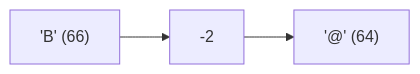
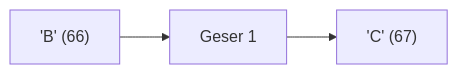
One commit to amnahwaida/OSNK_INF_PREP changed diagram 15 of 25 in part-c-pemahaman-cpp/01-tipe-data/latihan/set-06.md. Above: the diagram before and after it, drawn with Mermaid. The commit also changed other lines of this file and 71 other files, not shown here.

````diff
--- a/part-c-pemahaman-cpp/01-tipe-data/latihan/set-06.md
+++ b/part-c-pemahaman-cpp/01-tipe-data/latihan/set-06.md
@@ -377,5 +423,5 @@
 ```mermaid
 graph LR
-A["'B' (66)"] --> B["-2"]
-B --> C["'@' (64)"]
+A["'B' (66)"] --> B["Geser 1"]
+B --> C["'C' (67)"]
 ```
````
